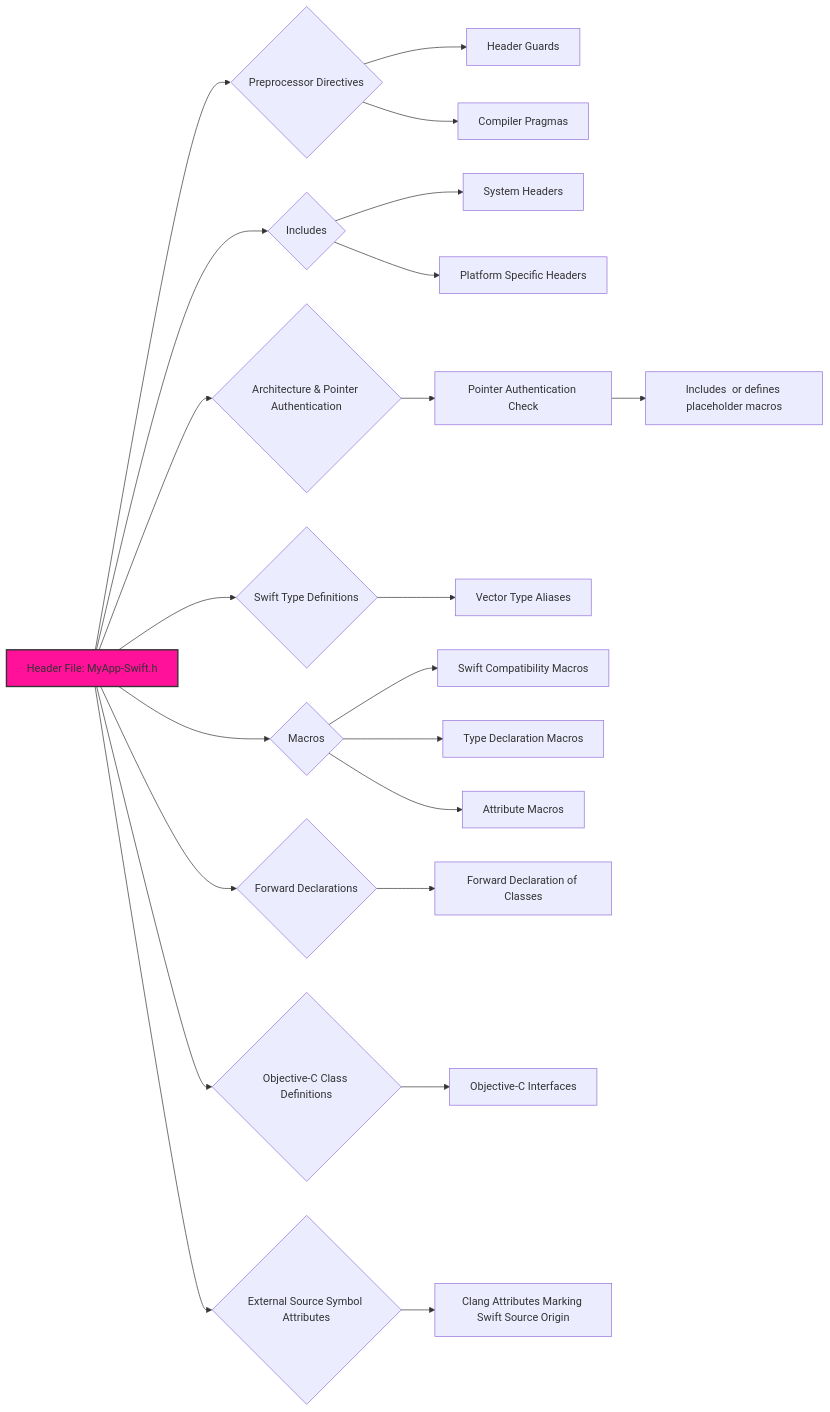
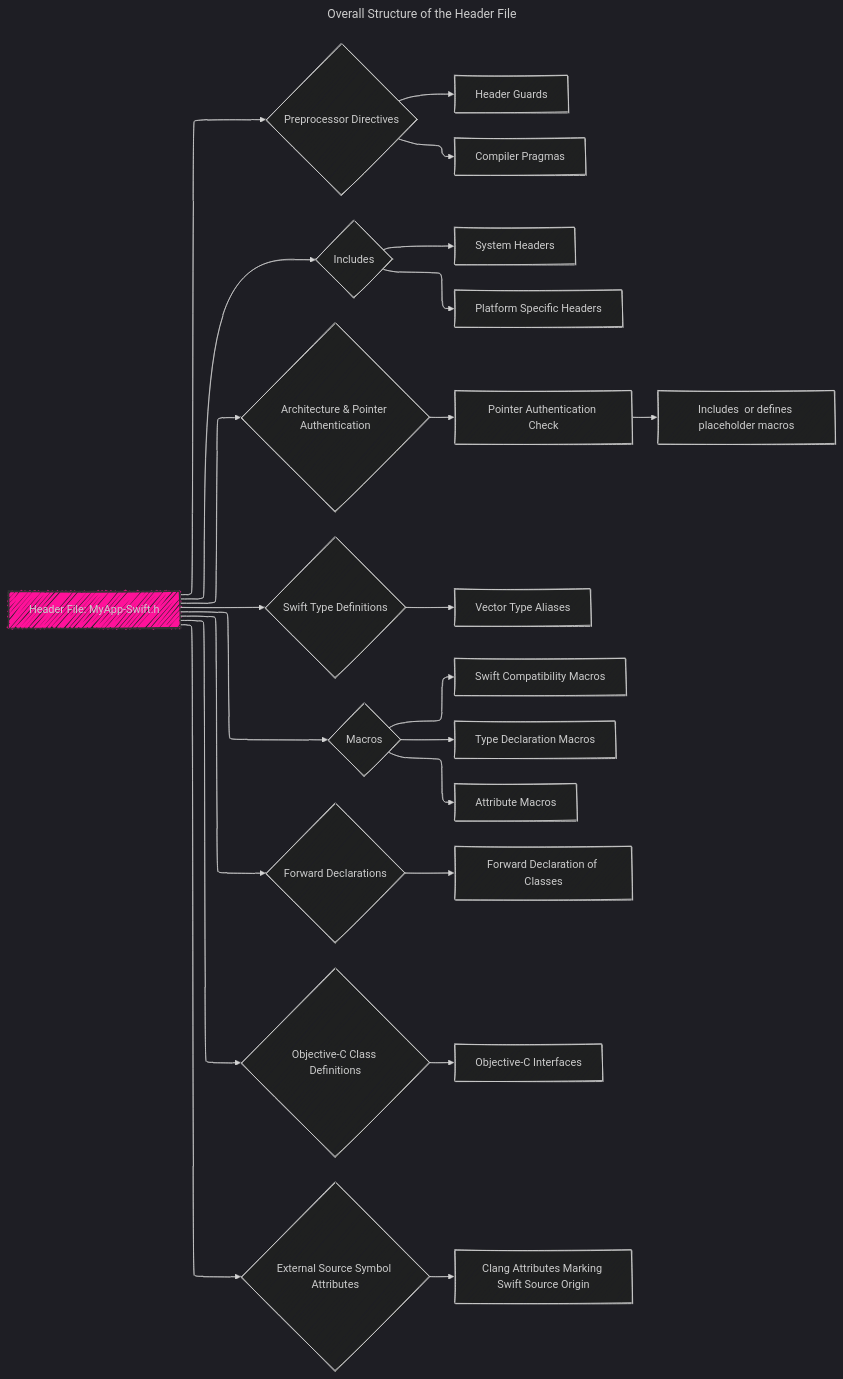
One commit to CongLeSolutionX/iOS-development-vault changed the first of 7 diagrams in Reversing_Engineer_through_Interfaces/Swift-generated_header_file_in_Mermaid.md. Above: the diagram before and after it, drawn with Mermaid. The commit also changed other lines of this file and 8 other files, not shown here.

````diff
--- a/Reversing_Engineer_through_Interfaces/Swift-generated_header_file_in_Mermaid.md
+++ b/Reversing_Engineer_through_Interfaces/Swift-generated_header_file_in_Mermaid.md
@@ -21,29 +21,36 @@
 ```mermaid
+---
+title: Overall Structure of the Header File
+config:
+  layout: elk
+  look: handDrawn
+  theme: dark
+---
 graph LR
     A[Header File: MyApp-Swift.h] --> B{Preprocessor Directives};
     A --> C{Includes};
     A --> D{Architecture & Pointer Authentication};
     A --> E{Swift Type Definitions};
     A --> F{Macros};
     A --> G{Forward Declarations};
     A --> H{Objective-C Class Definitions};
     A --> I{"External Source Symbol Attributes"};
 
     B --> B1[Header Guards];
     B --> B2[Compiler Pragmas];
     C --> C1[System Headers];
     C --> C2[Platform Specific Headers];
     D --> D1["Pointer Authentication Check"];
     D1 --> D2[Includes <ptrauth.h> or defines placeholder macros];
     
     E --> E1[Vector Type Aliases];
     F --> F1[Swift Compatibility Macros];
     F --> F2[Type Declaration Macros];
     F --> F3[Attribute Macros];
     G --> G1[Forward Declaration of Classes];
     H --> H1[Objective-C Interfaces];
     I --> I1[Clang Attributes Marking Swift Source Origin];
 
         style A fill:#f19f,stroke:#333,stroke-width:2px
         
 ```
````
